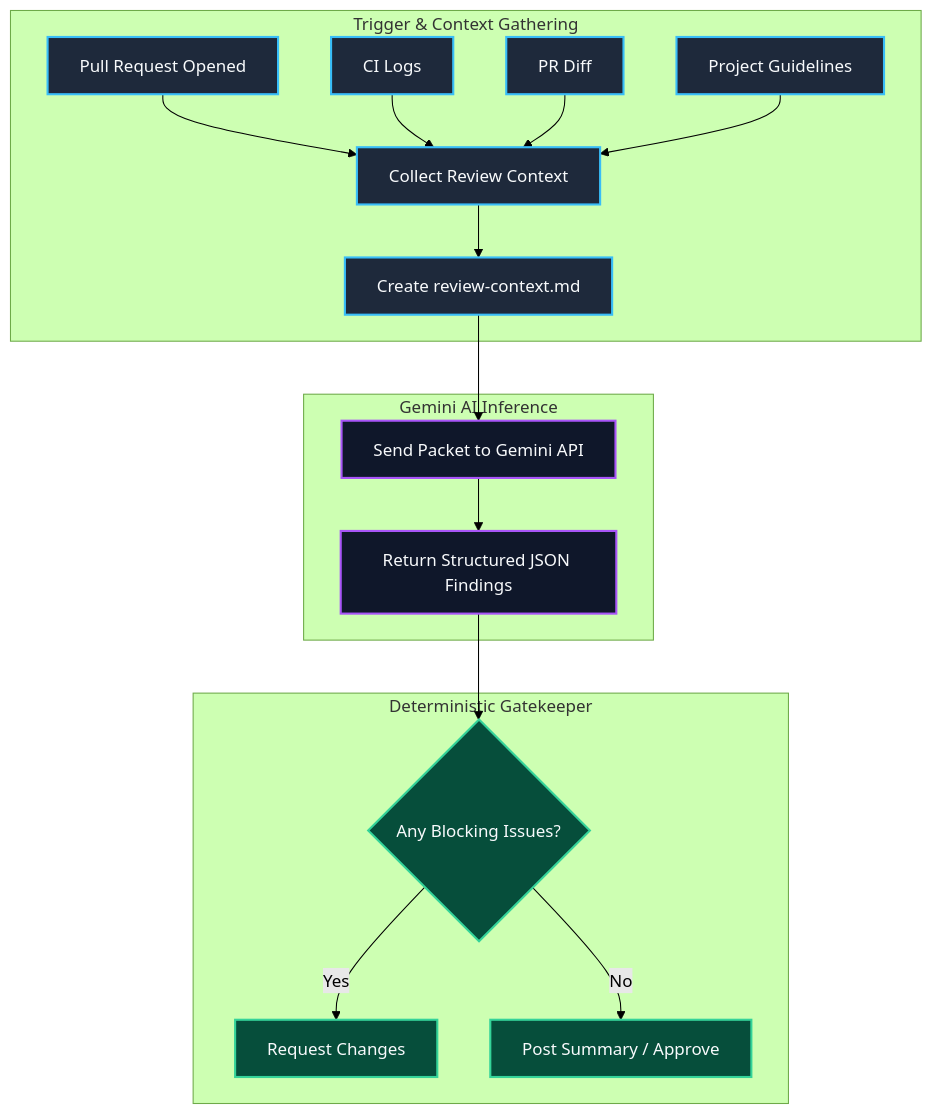
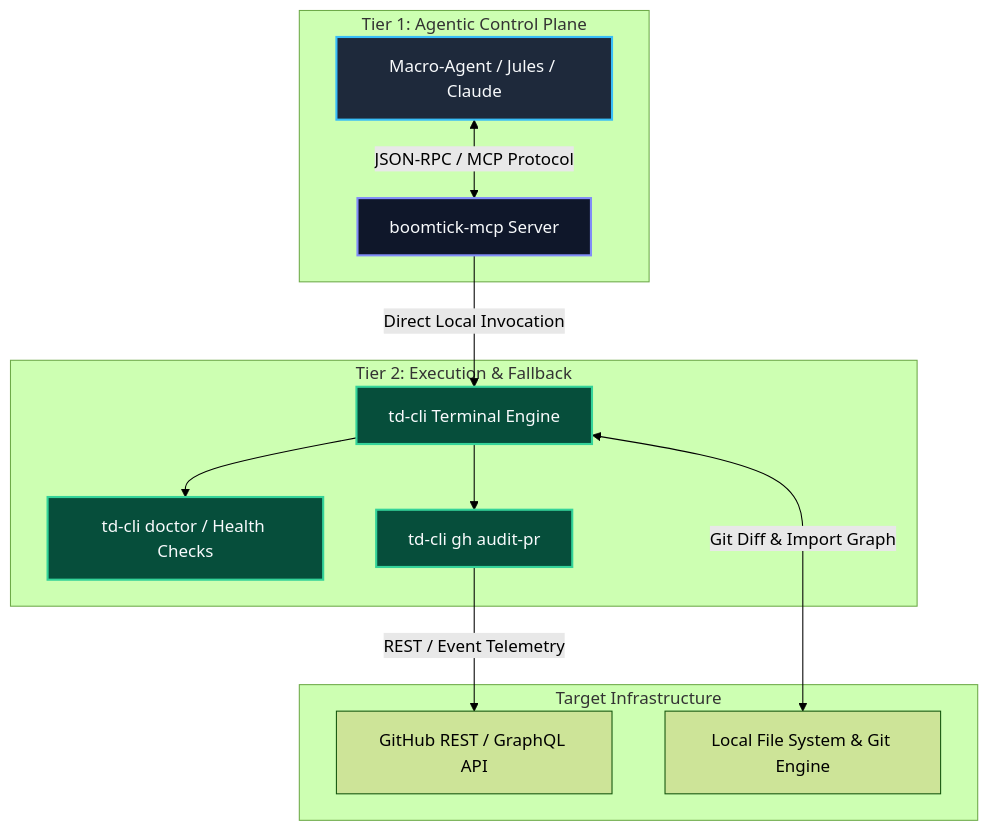
The diagram in src/content/research/gitops-pr-reviewer.md (arii/portfolio), drawn with Mermaid (forest theme) before and after one commit. The commit also changed other lines of this file and 3 other files, not shown here.

First line of the commit message:
docs: consolidate Boomtick DevAI tools architecture into gitops-pr-reviewer article

````diff
--- a/src/content/research/gitops-pr-reviewer.md
+++ b/src/content/research/gitops-pr-reviewer.md
@@ -18,29 +24,32 @@
 ```mermaid
 flowchart TD
-    subgraph Trigger_Context ["Trigger & Context Gathering"]
-        PR[Pull Request Opened] --> Collect[Collect Review Context]
-        CI[CI Logs] --> Collect
-        Diff[PR Diff] --> Collect
-        Rules[Project Guidelines] --> Collect
-        Collect --> Packet[Create review-context.md]
+    subgraph ControlPlane ["Tier 1: Agentic Control Plane"]
+        Agent[Macro-Agent / Jules / Claude]
+        MCP[boomtick-mcp Server]
+        Agent <-->|JSON-RPC / MCP Protocol| MCP
     end
 
-    subgraph Inference_Orchestration ["Gemini AI Inference"]
-        Packet --> Models[Send Packet to Gemini API]
-        Models --> Findings[Return Structured JSON Findings]
+    subgraph ExecutionPlane ["Tier 2: Execution & Fallback"]
+        CLI[td-cli Terminal Engine]
+        Doctor[td-cli doctor / Health Checks]
+        Audit[td-cli gh audit-pr]
+        MCP -->|Direct Local Invocation| CLI
+        CLI --> Doctor
+        CLI --> Audit
     end
 
-    subgraph Decision_Boundary ["Deterministic Gatekeeper"]
-        Findings --> Decide{Any Blocking Issues?}
-        Decide -->|Yes| Changes[Request Changes]
-        Decide -->|No| Summary[Post Summary / Approve]
+    subgraph ExternalAPIs ["Target Infrastructure"]
+        GH[GitHub REST / GraphQL API]
+        Repo[Local File System & Git Engine]
+        Audit -->|REST / Event Telemetry| GH
+        CLI <-->|Git Diff & Import Graph| Repo
     end
 
-    classDef trigger fill:#1e293b,stroke:#38bdf8,stroke-width:2px,color:#f8fafc;
-    classDef ai fill:#0f172a,stroke:#a855f7,stroke-width:2px,color:#f8fafc;
-    classDef gate fill:#064e3b,stroke:#34d399,stroke-width:2px,color:#f8fafc;
+    classDef agent fill:#1e293b,stroke:#38bdf8,stroke-width:2px,color:#f8fafc;
+    classDef mcp fill:#0f172a,stroke:#818cf8,stroke-width:2px,color:#f8fafc;
+    classDef cli fill:#064e3b,stroke:#34d399,stroke-width:2px,color:#f8fafc;
 
-    class PR,CI,Diff,Rules,Collect,Packet trigger;
-    class Models,Findings ai;
-    class Decide,Changes,Summary gate;
+    class Agent agent;
+    class MCP mcp;
+    class CLI,Doctor,Audit cli;
 ```
````
